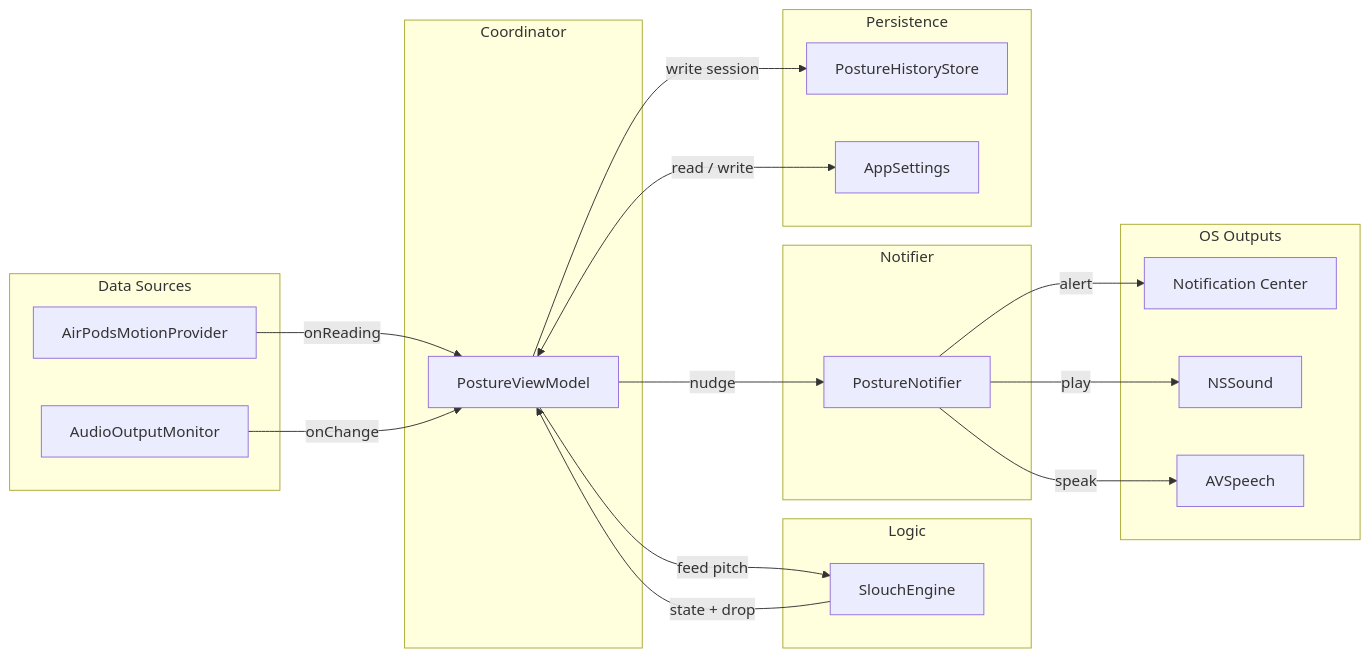
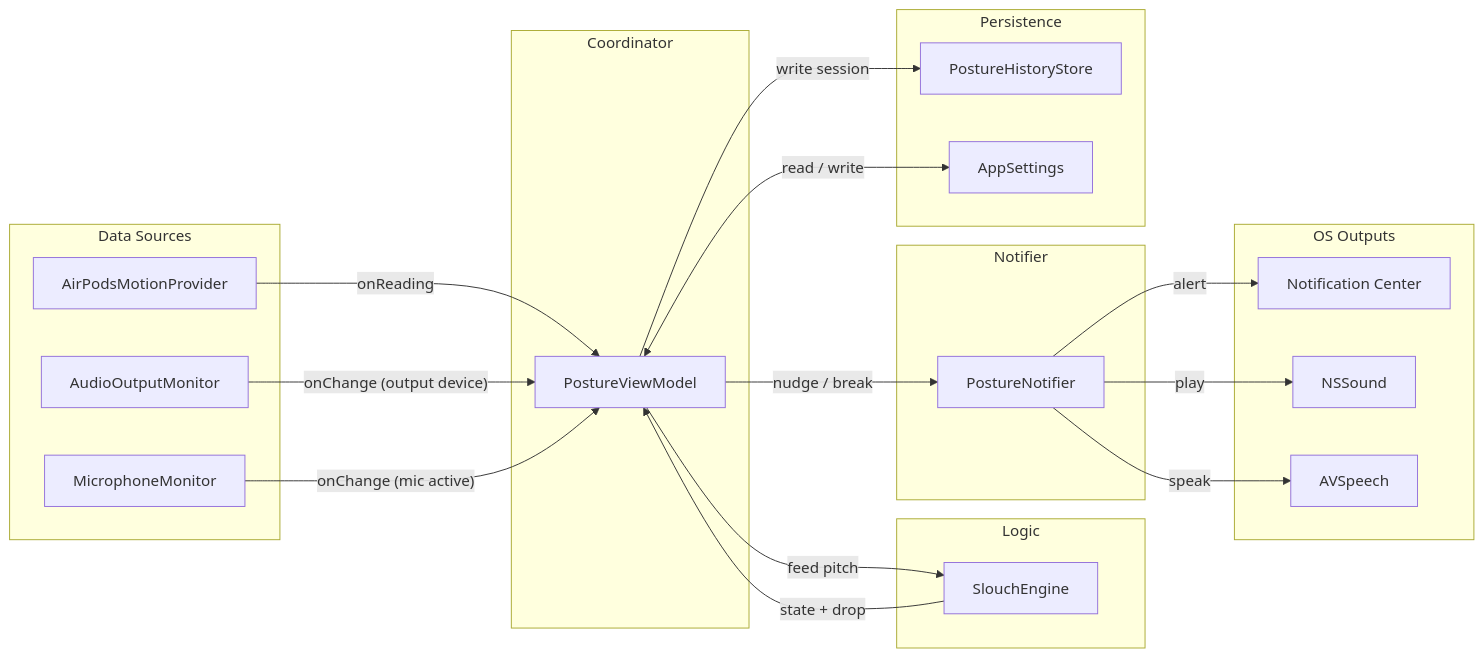
One commit to navaneethbv/NoSlouch changed the diagram in README.md. Above: the diagram before and after it, drawn with Mermaid. The commit also changed other lines of this file and 1 other file, not shown here.

First line of the commit message:
docs: refresh README for M6 features; note FakeMicrophoneMonitor in CLAUDE.md (#13)

````diff
--- a/README.md
+++ b/README.md
@@ -43,36 +46,38 @@
 ```mermaid
 flowchart LR
     subgraph inputs ["Data Sources"]
         AMP["AirPodsMotionProvider"]
         AOM["AudioOutputMonitor"]
+        MIC["MicrophoneMonitor"]
     end
     subgraph core ["Coordinator"]
         PVM["PostureViewModel"]
     end
     subgraph logic ["Logic"]
         PA["SlouchEngine"]
     end
     subgraph output ["Notifier"]
         PN["PostureNotifier"]
     end
     subgraph persistence ["Persistence"]
         PHS["PostureHistoryStore"]
         AS["AppSettings"]
     end
     subgraph os ["OS Outputs"]
         NC["Notification Center"]
         NS["NSSound"]
         AVS["AVSpeech"]
     end
 
     AMP -->|"onReading"| PVM
-    AOM -->|"onChange"| PVM
+    AOM -->|"onChange (output device)"| PVM
+    MIC -->|"onChange (mic active)"| PVM
     PVM -->|"feed pitch"| PA
     PA -->|"state + drop"| PVM
-    PVM -->|"nudge"| PN
+    PVM -->|"nudge / break"| PN
     PVM -->|"write session"| PHS
     PVM <-->|"read / write"| AS
     PN -->|"alert"| NC
     PN -->|"play"| NS
     PN -->|"speak"| AVS
 ```
````
